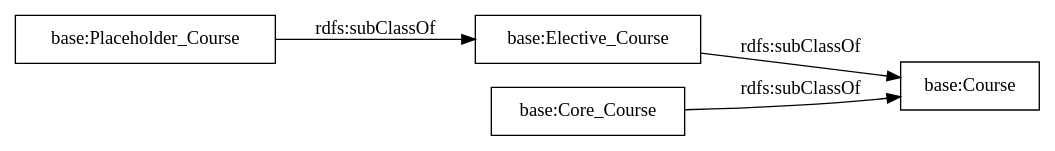
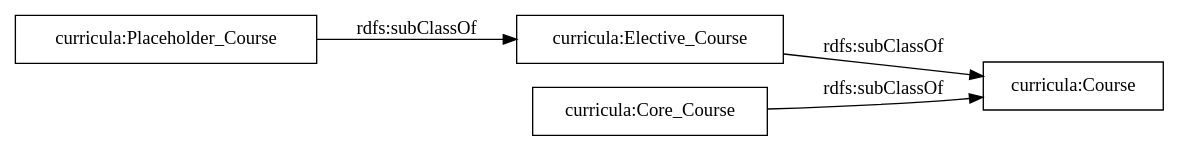
Before and after one commit to lsarni/OntoCIS: the diagram in OnToology/curricula.owl/diagrams/ar2dtool-taxonomy/curricula.owl.png.dot, drawn with Graphviz. The commit also changed 32 other files, not shown here.

```diff
--- a/OnToology/curricula.owl/diagrams/ar2dtool-taxonomy/curricula.owl.png.dot
+++ b/OnToology/curricula.owl/diagrams/ar2dtool-taxonomy/curricula.owl.png.dot
@@ -1,9 +1,9 @@
 digraph ar2dtool_diagram { 
 rankdir=LR;
 size="1000"
-node [shape = rectangle, color="black"]; "base:Placeholder_Course" "base:Elective_Course" "base:Core_Course" "base:Course" ; /*classes style*/
-	"base:Elective_Course" -> "base:Course" [ label = "rdfs:subClassOf" ];
-	"base:Placeholder_Course" -> "base:Elective_Course" [ label = "rdfs:subClassOf" ];
-	"base:Core_Course" -> "base:Course" [ label = "rdfs:subClassOf" ];
+node [shape = rectangle, color="black"]; "curricula:Placeholder_Course" "curricula:Elective_Course" "curricula:Core_Course" "curricula:Course" ; /*classes style*/
+	"curricula:Elective_Course" -> "curricula:Course" [ label = "rdfs:subClassOf" ];
+	"curricula:Placeholder_Course" -> "curricula:Elective_Course" [ label = "rdfs:subClassOf" ];
+	"curricula:Core_Course" -> "curricula:Course" [ label = "rdfs:subClassOf" ];
 
 }
```
